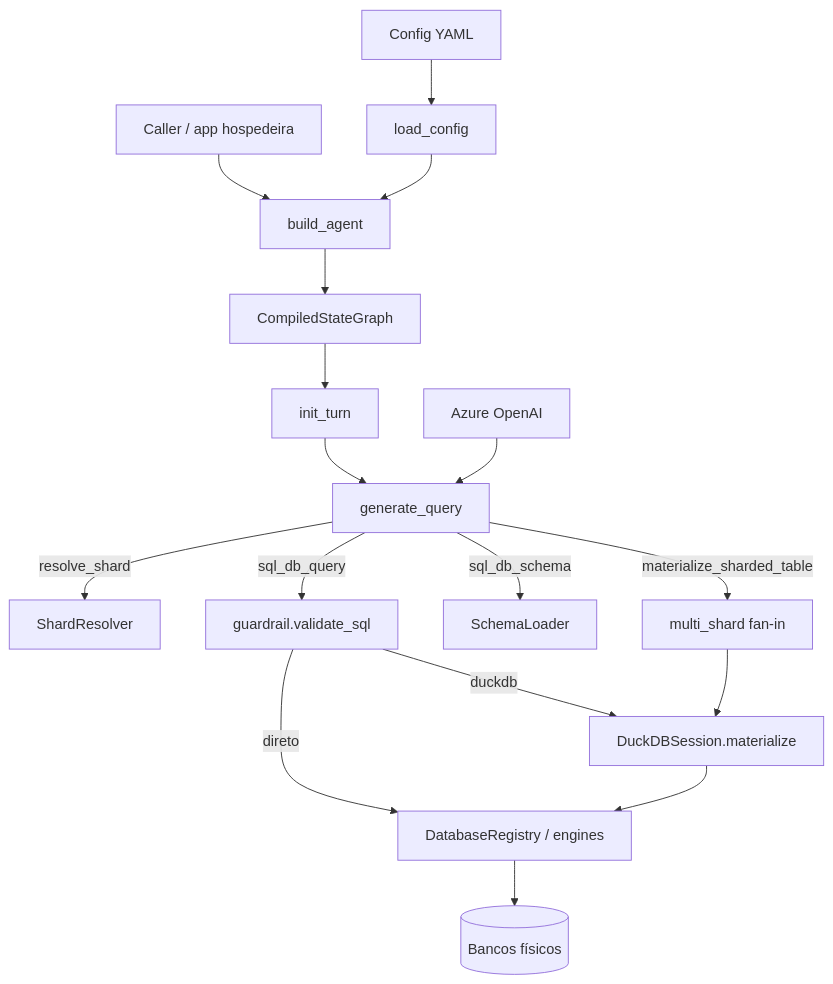
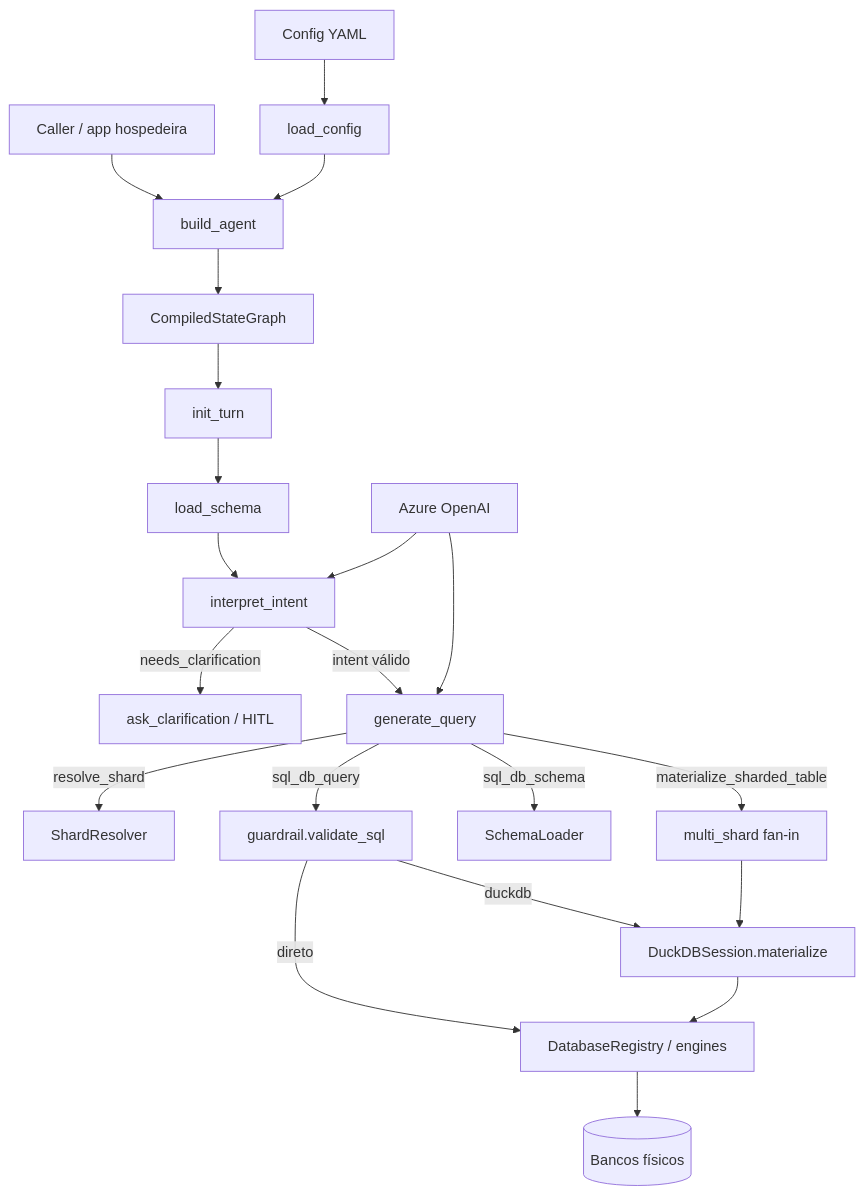
One commit to felipph/text2sql-agent changed the first of 2 diagrams in docs/arquitetura.md. Above: the diagram before and after it, drawn with Mermaid. The commit also changed other lines of this file and 56 other files, not shown here.

````diff
--- a/docs/arquitetura.md
+++ b/docs/arquitetura.md
@@ -9,21 +9,25 @@
 ```mermaid
 flowchart TB
   Caller[Caller / app hospedeira] --> BA[build_agent]
   YAML[Config YAML] --> LC[load_config]
   LC --> BA
   BA --> Graph[CompiledStateGraph]
 
   Graph --> IT[init_turn]
-  IT --> GQ[generate_query]
+  IT --> LS[load_schema]
+  LS --> II[interpret_intent]
+  II -->|needs_clarification| AC[ask_clarification / HITL]
+  II -->|intent válido| GQ[generate_query]
   GQ -->|resolve_shard| SR[ShardResolver]
   GQ -->|materialize_sharded_table| MS[multi_shard fan-in]
   GQ -->|sql_db_schema| SL[SchemaLoader]
   GQ -->|sql_db_query| GR[guardrail.validate_sql]
   GR -->|direto| REG[DatabaseRegistry / engines]
   GR -->|duckdb| DD[DuckDBSession.materialize]
   MS --> DD
   DD --> REG
 
-  LLM[Azure OpenAI] --> GQ
+  LLM[Azure OpenAI] --> II
+  LLM --> GQ
   REG --> DB[(Bancos físicos)]
 ```
````
